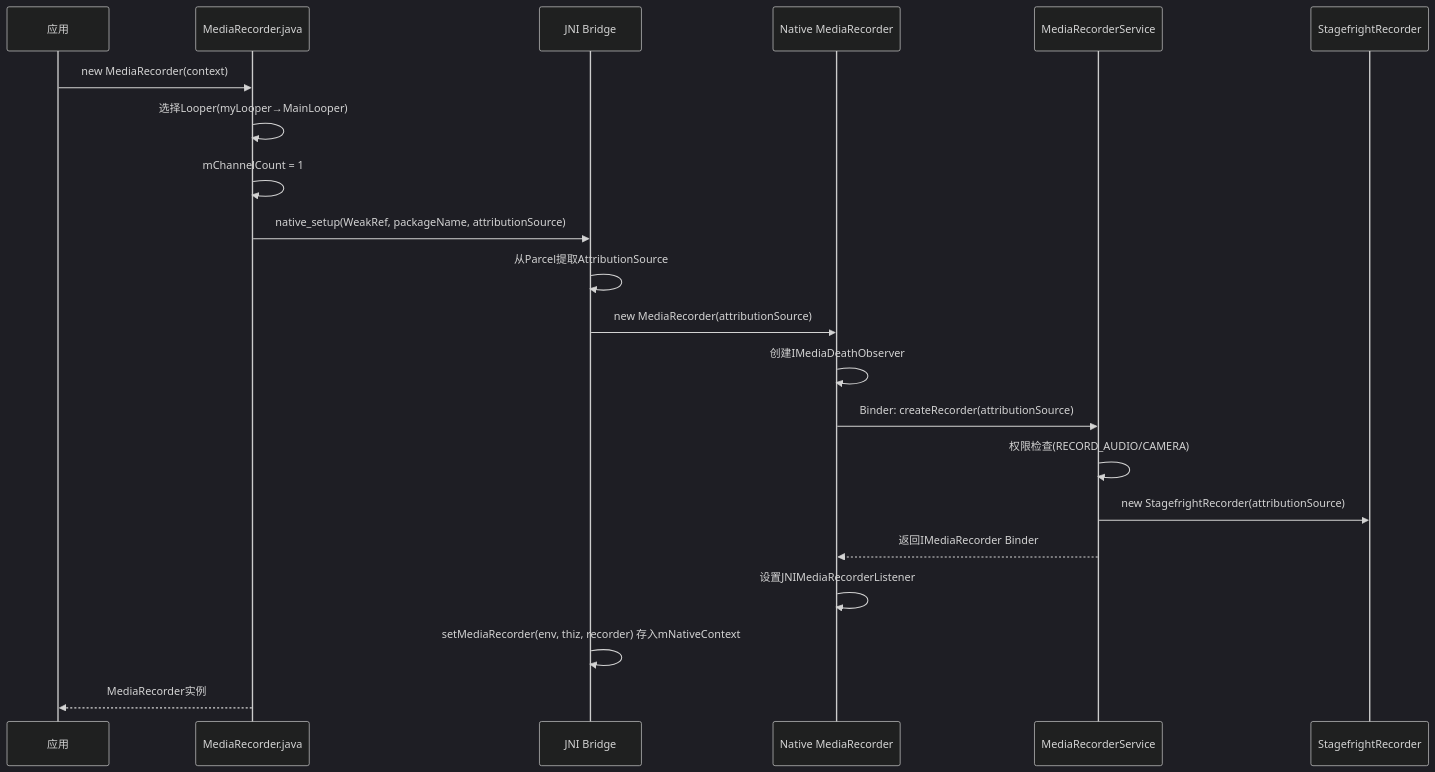
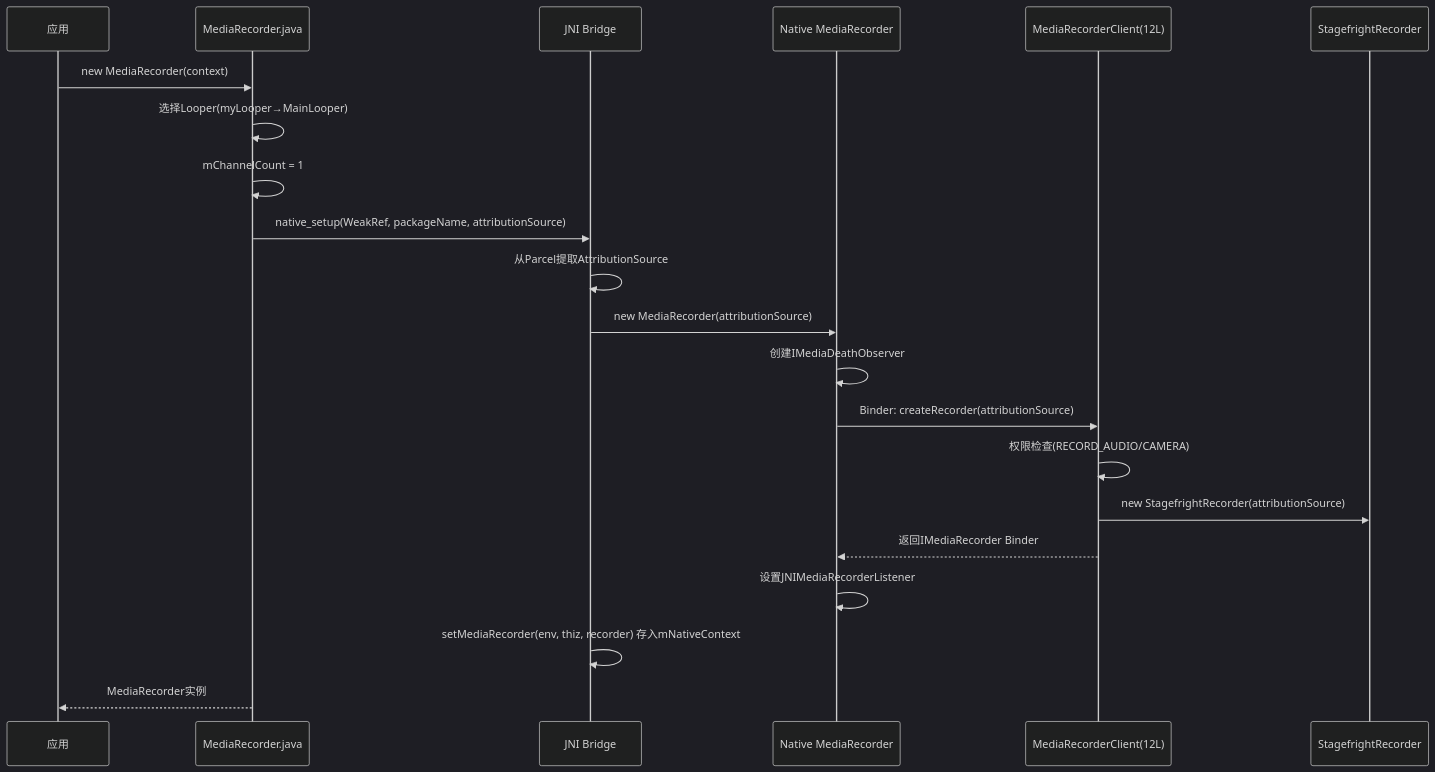
Before and after one commit to yanglinzhen1022/SA8295_AAOS_QNX_Audio_KnowledgeBase: the second of 5 diagrams in 02_Application_Layer/02_2.9_MediaRecorder.md, drawn with Mermaid (dark theme). The commit also changed other lines of this file and 14 other files, not shown here.

````diff
--- a/02_Application_Layer/02_2.9_MediaRecorder.md
+++ b/02_Application_Layer/02_2.9_MediaRecorder.md
@@ -93,24 +93,24 @@
 ```mermaid
 sequenceDiagram
     participant App as 应用
     participant MR as MediaRecorder.java
     participant JNI as JNI Bridge
     participant Native as Native MediaRecorder
-    participant MRS as MediaRecorderService
+    participant MRS as MediaRecorderClient(12L)
     participant SFR as StagefrightRecorder
 
     App->>MR: new MediaRecorder(context)
     MR->>MR: 选择Looper(myLooper→MainLooper)
     MR->>MR: mChannelCount = 1
     MR->>JNI: native_setup(WeakRef, packageName, attributionSource)
     JNI->>JNI: 从Parcel提取AttributionSource
     JNI->>Native: new MediaRecorder(attributionSource)
     Native->>Native: 创建IMediaDeathObserver
     Native->>MRS: Binder: createRecorder(attributionSource)
     MRS->>MRS: 权限检查(RECORD_AUDIO/CAMERA)
     MRS->>SFR: new StagefrightRecorder(attributionSource)
     MRS-->>Native: 返回IMediaRecorder Binder
     Native->>Native: 设置JNIMediaRecorderListener
     JNI->>JNI: setMediaRecorder(env, thiz, recorder) 存入mNativeContext
     MR-->>App: MediaRecorder实例
 ```
````
